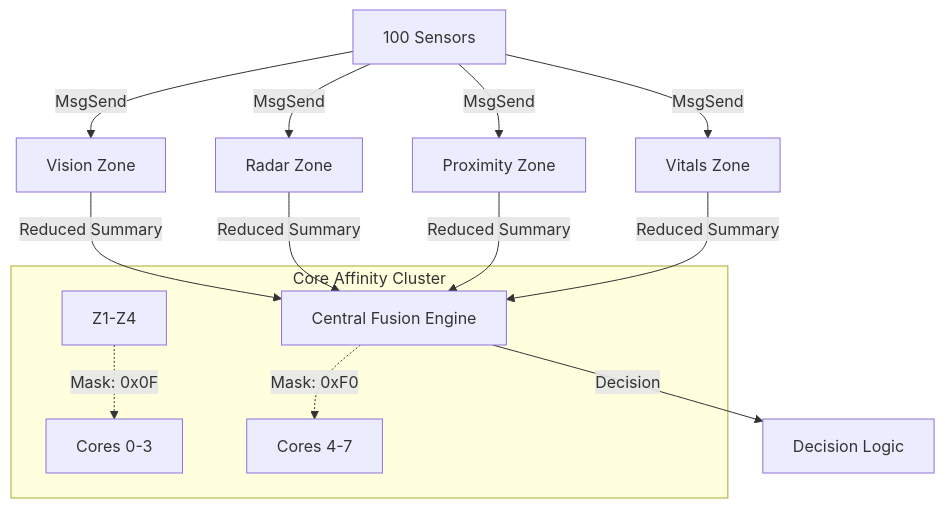
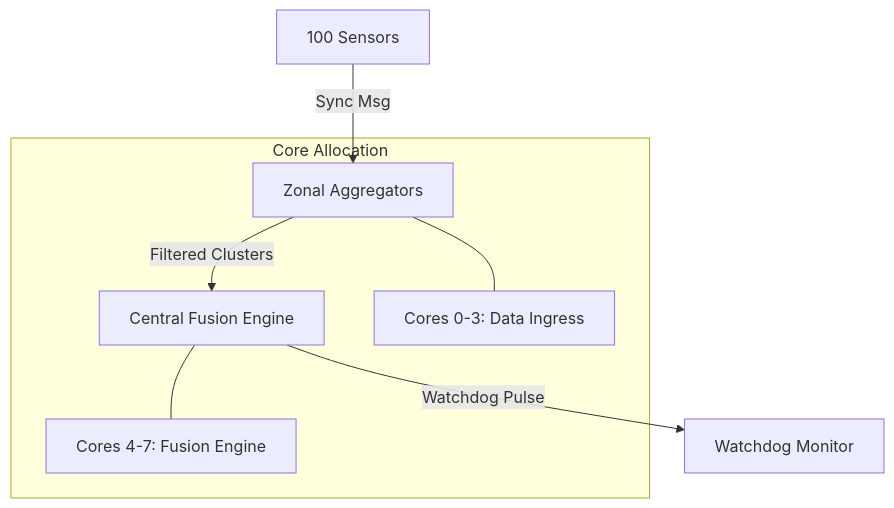
Before and after one commit to pavanracharya/Q-eHack-2026: the diagram in README.md, drawn with Mermaid. The commit also changed other lines of this file, not shown here.

````diff
--- a/README.md
+++ b/README.md
@@ -80,19 +88,11 @@
 ```mermaid
 graph TD
-    S1[100 Sensors] -->|MsgSend| Z1[Vision Zone]
-    S1 -->|MsgSend| Z2[Radar Zone]
-    S1 -->|MsgSend| Z3[Proximity Zone]
-    S1 -->|MsgSend| Z4[Vitals Zone]
+    S[100 Sensors] -->|Sync Msg| Z[Zonal Aggregators]
+    Z -->|Filtered Clusters| CF[Central Fusion Engine]
+    CF -->|Watchdog Pulse| WM[Watchdog Monitor]
     
-    Z1 -->|Reduced Summary| CF[Central Fusion Engine]
-    Z2 -->|Reduced Summary| CF
-    Z3 -->|Reduced Summary| CF
-    Z4 -->|Reduced Summary| CF
-    
-    CF -->|Decision| DL[Decision Logic]
-    
-    subgraph Core Affinity Cluster
-        Z1-Z4 -.->|Mask: 0x0F| C03[Cores 0-3]
-        CF -.->|Mask: 0xF0| C47[Cores 4-7]
+    subgraph Core Allocation
+        Z --- C0[Cores 0-3: Data Ingress]
+        CF --- C1[Cores 4-7: Fusion Engine]
     end
 ```
````
